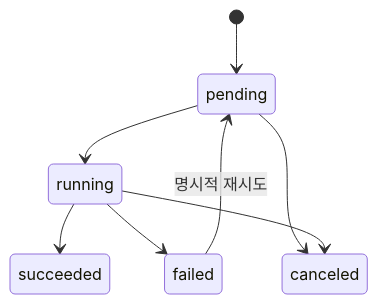
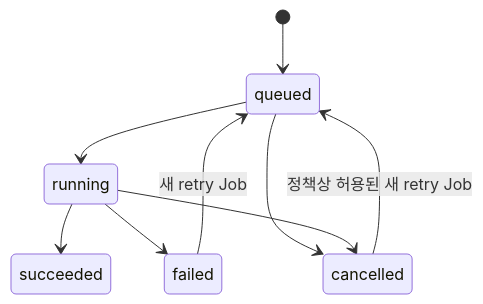
Before and after one commit to DohaStudio/DohaVocal: the diagram in docs/08-runtime/job-lifecycle.md, drawn with Mermaid. The commit also changed 6 other files, not shown here.

````diff
--- a/docs/08-runtime/job-lifecycle.md
+++ b/docs/08-runtime/job-lifecycle.md
@@ -7,10 +7,11 @@
 ```mermaid
 stateDiagram-v2
-    [*] --> pending
-    pending --> running
-    pending --> canceled
+    [*] --> queued
+    queued --> running
+    queued --> cancelled
     running --> succeeded
     running --> failed
-    running --> canceled
-    failed --> pending: 명시적 재시도
+    running --> cancelled
+    failed --> queued: 새 retry Job
+    cancelled --> queued: 정책상 허용된 새 retry Job
 ```
````
